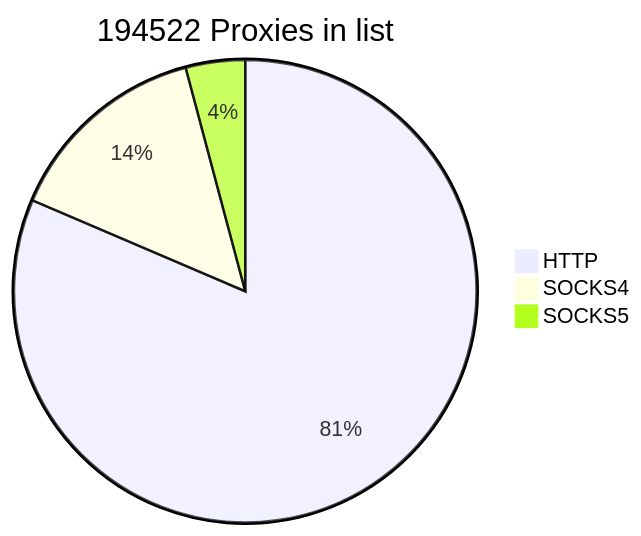
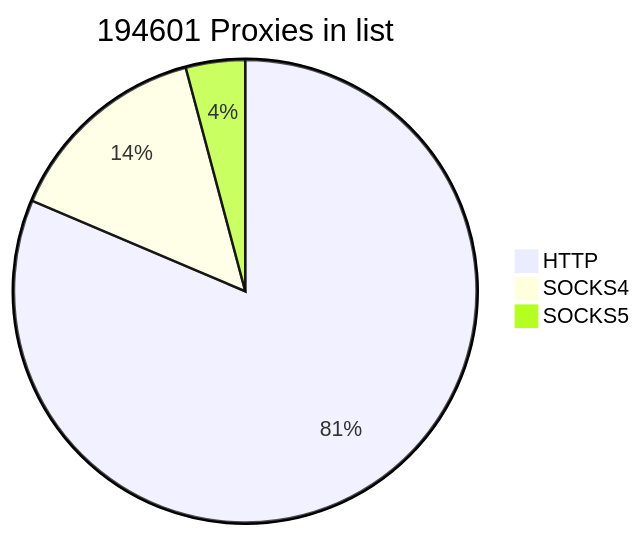
The first of 2 diagrams in README.md (cutipu/proxylist), drawn with Mermaid before and after one commit. The commit also changed other lines of this file, not shown here.

````diff
--- a/README.md
+++ b/README.md
@@ -2,7 +2,7 @@
 ```mermaid
-pie title 194522 Proxies in list
-    "HTTP" : 158387
-    "SOCKS4" : 28072
-    "SOCKS5" : 8063
+pie title 194601 Proxies in list
+    "HTTP" : 158386
+    "SOCKS4" : 28156
+    "SOCKS5" : 8059
             
 ```
````
